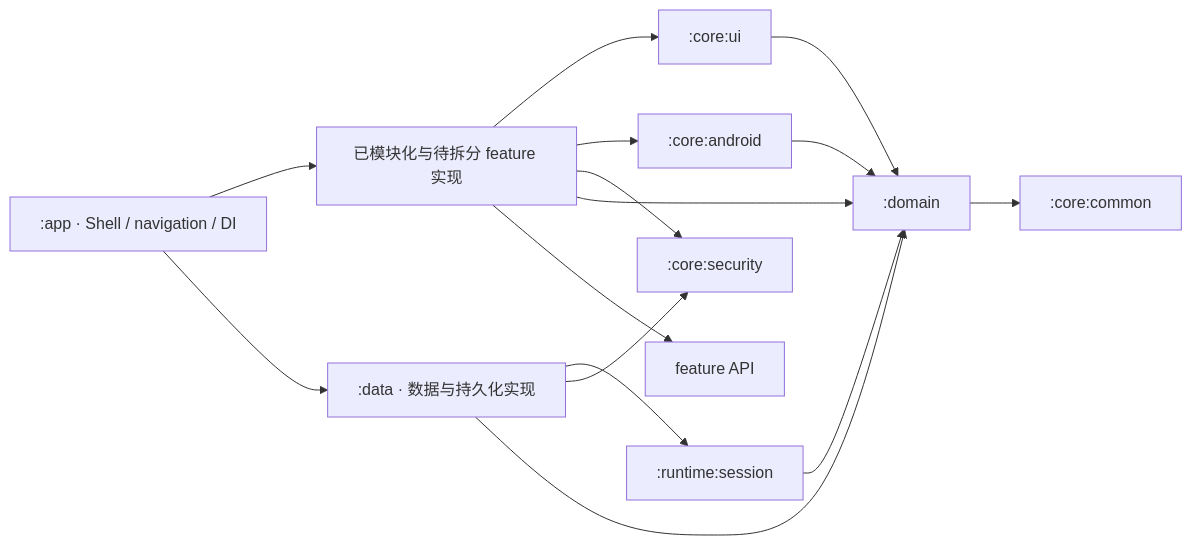
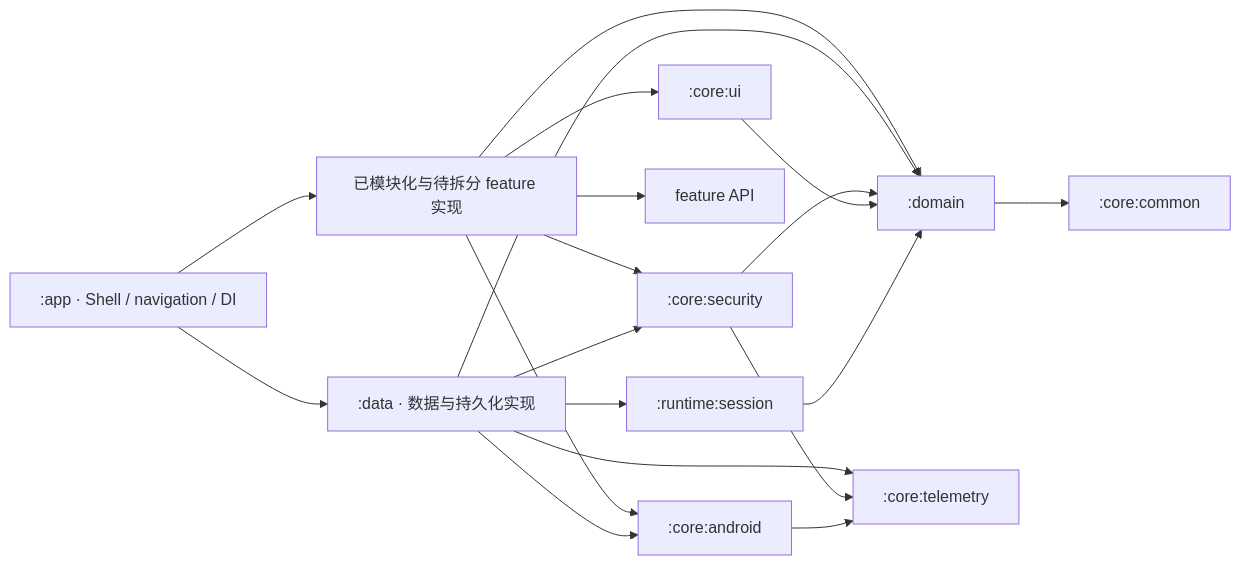
Before and after one commit to aozijx/Passly: the first of 2 diagrams in docs/architecture/overview.md, drawn with Mermaid. The commit also changed other lines of this file and 102 other files, not shown here.

````diff
--- a/docs/architecture/overview.md
+++ b/docs/architecture/overview.md
@@ -23,17 +24,21 @@
 ```mermaid
 flowchart LR
     APP[":app · Shell / navigation / DI"] --> FEATURE["已模块化与待拆分 feature 实现"]
     APP --> DATA[":data · 数据与持久化实现"]
     FEATURE --> UI[":core:ui"]
     FEATURE --> ANDROID[":core:android"]
     FEATURE --> SECURITY[":core:security"]
     FEATURE --> D[":domain"]
     FEATURE --> FEATURE_API["feature API"]
     DATA --> SESSION[":runtime:session"]
+    DATA --> ANDROID
     DATA --> SECURITY
+    DATA --> TELEMETRY[":core:telemetry"]
     DATA --> D
+    SECURITY --> TELEMETRY
+    SECURITY --> D
     UI --> D
-    ANDROID --> D
+    ANDROID --> TELEMETRY
     SESSION --> D
     D --> COMMON[":core:common"]
 ```
````
